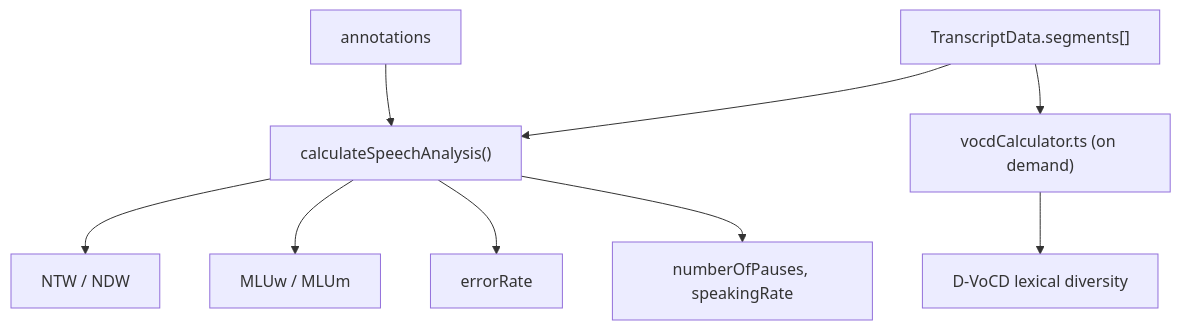
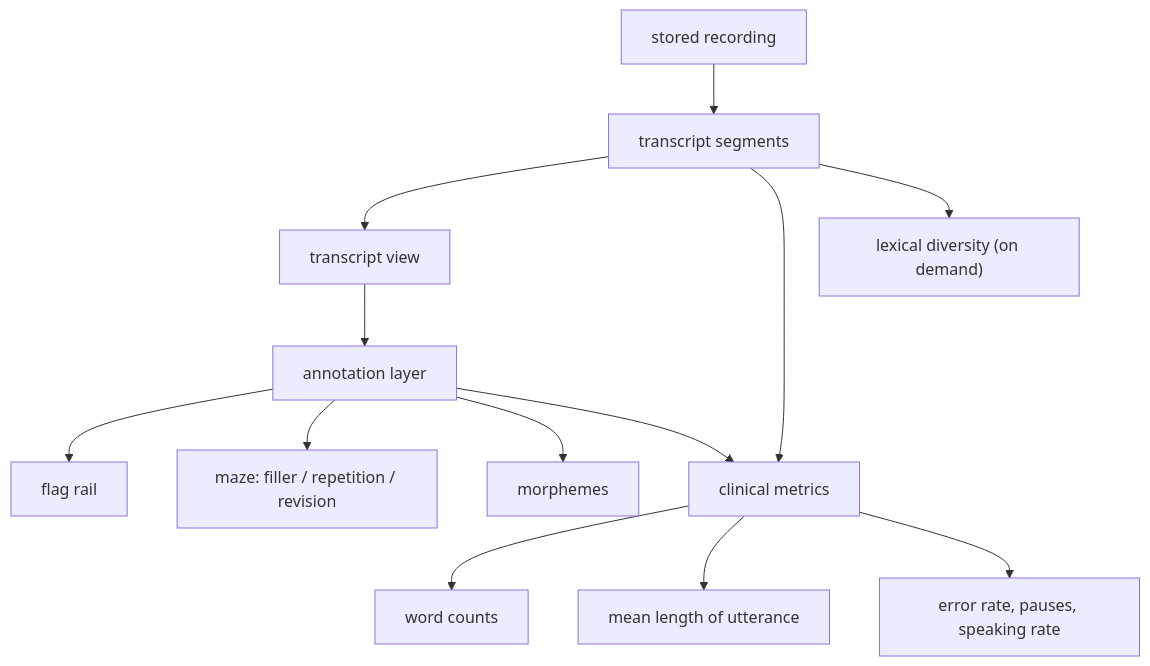
One commit to Longcao24/sate-companion changed the first of 3 diagrams in docs-site/docs/guides/web-app.md. Above: the diagram before and after it, drawn with Mermaid. The commit also changed other lines of this file and 17 other files, not shown here.

First line of the commit message:
docs-site: generalize published docs + add system-overview diagram

````diff
--- a/docs-site/docs/guides/web-app.md
+++ b/docs-site/docs/guides/web-app.md
@@ -193,11 +119,15 @@
 ```mermaid
 flowchart TD
-    B["TranscriptData.segments[]"] --> M["calculateSpeechAnalysis()"]
-    D1["annotations"] --> M
-    M --> M1["NTW / NDW"]
-    M --> M2["MLUw / MLUm"]
-    M --> M3["errorRate"]
-    M --> M4["numberOfPauses, speakingRate"]
-    B --> V["vocdCalculator.ts (on demand)"]
-    V --> V1["D-VoCD lexical diversity"]
+    A["stored recording"] --> B["transcript segments"]
+    B --> C["transcript view"]
+    C --> D["annotation layer"]
+    D --> D1["flag rail"]
+    D --> D2["maze: filler / repetition / revision"]
+    D --> D3["morphemes"]
+    B --> M["clinical metrics"]
+    D --> M
+    M --> M1["word counts"]
+    M --> M2["mean length of utterance"]
+    M --> M3["error rate, pauses, speaking rate"]
+    B --> V["lexical diversity (on demand)"]
 ```
````
